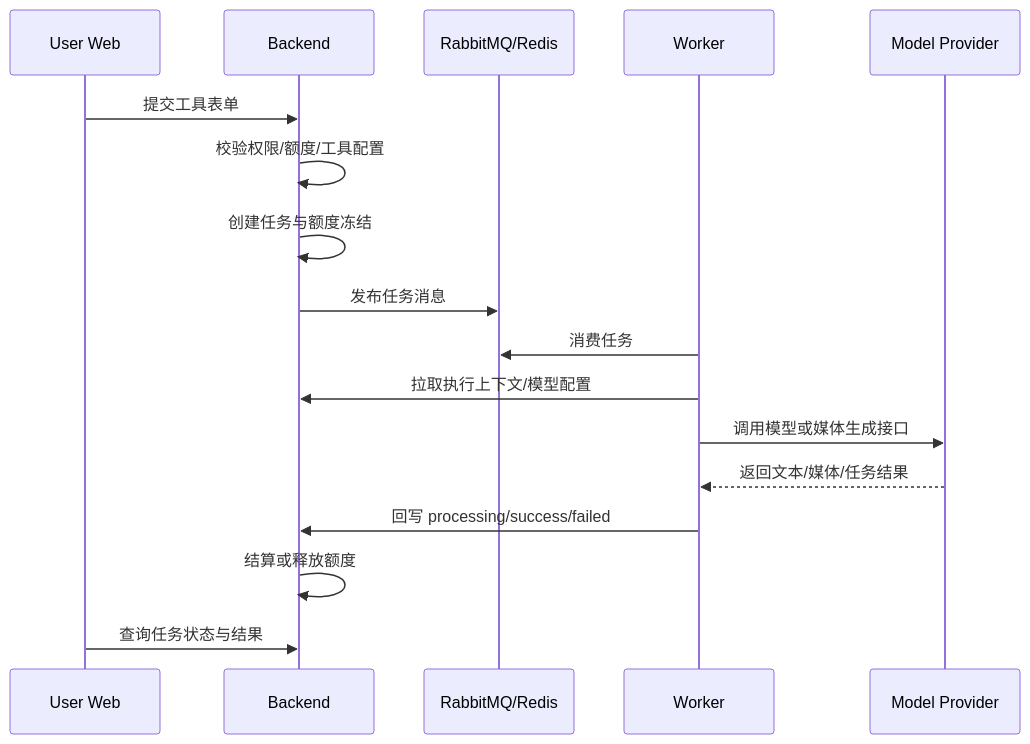
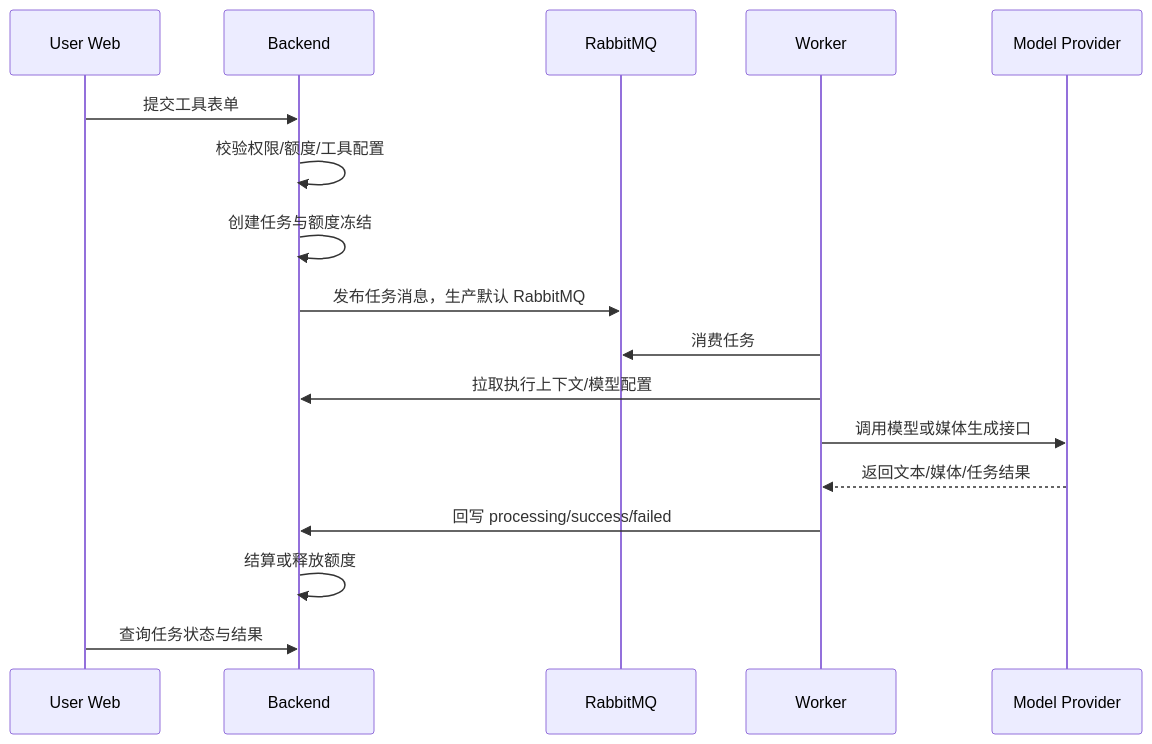
One commit to LancyPluto/update_aiworkspace changed the second of 3 diagrams in docs/项目整体架构说明.md. Above: the diagram before and after it, drawn with Mermaid. The commit also changed other lines of this file and 78 other files, not shown here.

````diff
--- a/docs/项目整体架构说明.md
+++ b/docs/项目整体架构说明.md
@@ -57,20 +57,20 @@
 ```mermaid
 sequenceDiagram
   participant U as User Web
   participant B as Backend
-  participant Q as RabbitMQ/Redis
+  participant Q as RabbitMQ
   participant W as Worker
   participant M as Model Provider
 
   U->>B: 提交工具表单
   B->>B: 校验权限/额度/工具配置
   B->>B: 创建任务与额度冻结
-  B->>Q: 发布任务消息
+  B->>Q: 发布任务消息，生产默认 RabbitMQ
   W->>Q: 消费任务
   W->>B: 拉取执行上下文/模型配置
   W->>M: 调用模型或媒体生成接口
   M-->>W: 返回文本/媒体/任务结果
   W->>B: 回写 processing/success/failed
   B->>B: 结算或释放额度
   U->>B: 查询任务状态与结果
 ```
````
